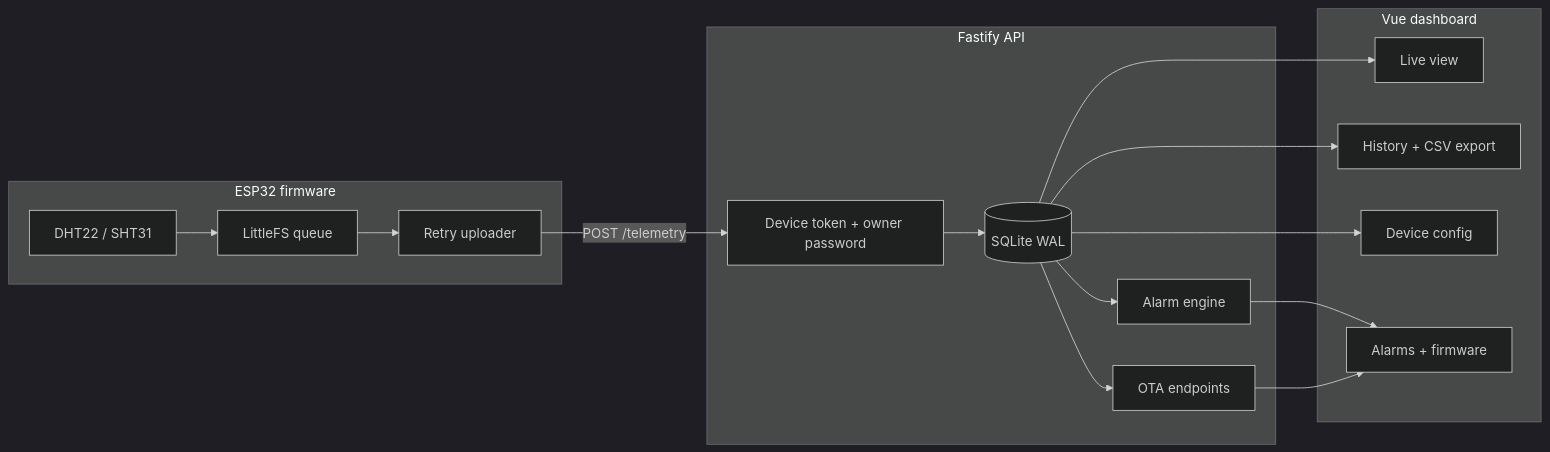
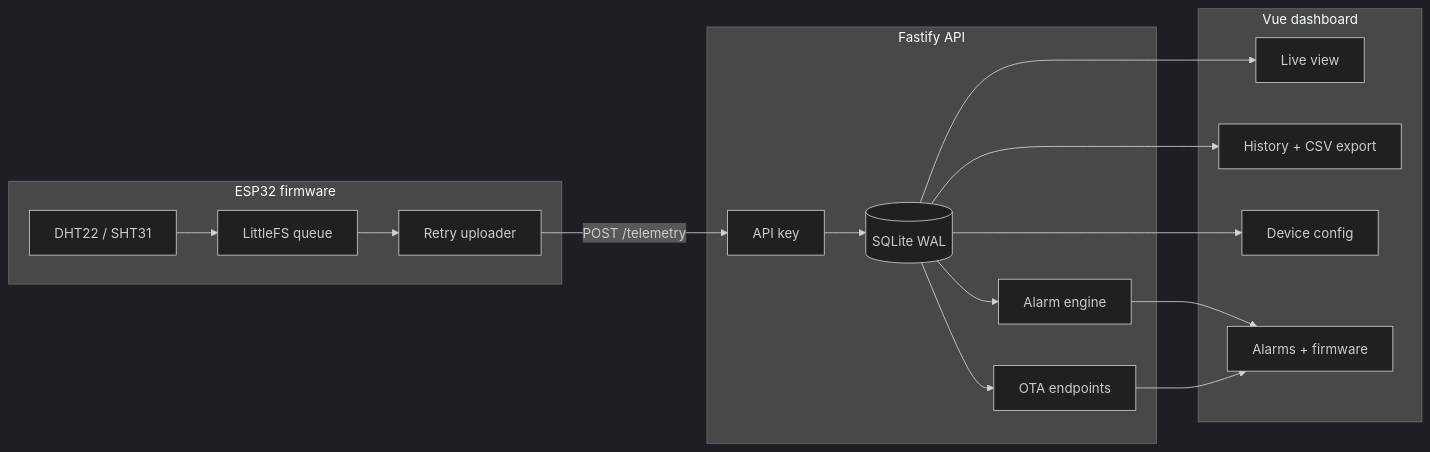
The diagram in README.md (mueligo/Climate), drawn with Mermaid (dark theme) before and after one commit. The commit also changed other lines of this file, not shown here.

Commit message:
refactor: clean auth label -> API key only

````diff
--- a/README.md
+++ b/README.md
@@ -68,33 +68,33 @@
 ```mermaid
 flowchart LR
   subgraph ESP32[ESP32 firmware]
     Sensor[DHT22 / SHT31]
     Queue[LittleFS queue]
     Retry[Retry uploader]
     Sensor --> Queue --> Retry
   end
 
   subgraph API[Fastify API]
-    Auth[Device token + owner password]
+    Auth[API key]
     DB[(SQLite WAL)]
     Alarms[Alarm engine]
     OTA[OTA endpoints]
     Auth --> DB
     DB --> Alarms
     DB --> OTA
   end
 
   subgraph UI[Vue dashboard]
     Live[Live view]
     History[History + CSV export]
     Devices[Device config]
     Ops[Alarms + firmware]
   end
 
   Retry -->|POST /telemetry| Auth
   DB --> Live
   DB --> History
   DB --> Devices
   Alarms --> Ops
   OTA --> Ops
 ```
````
